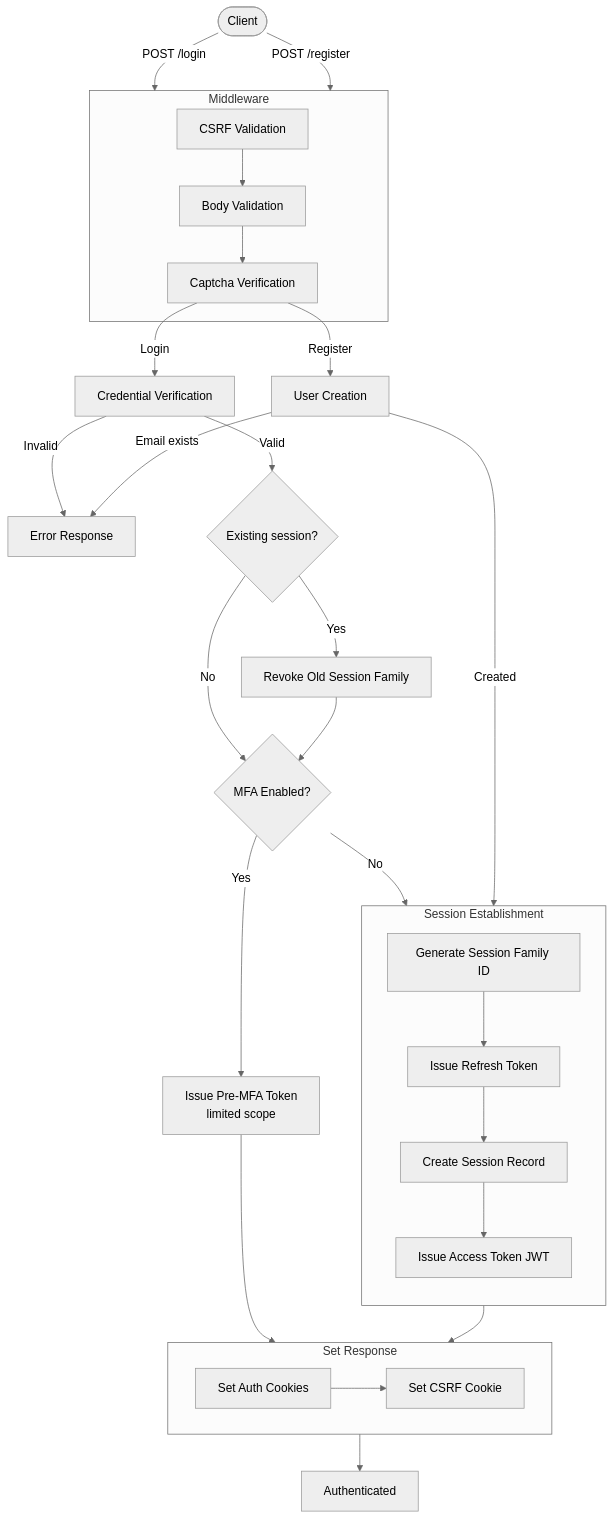
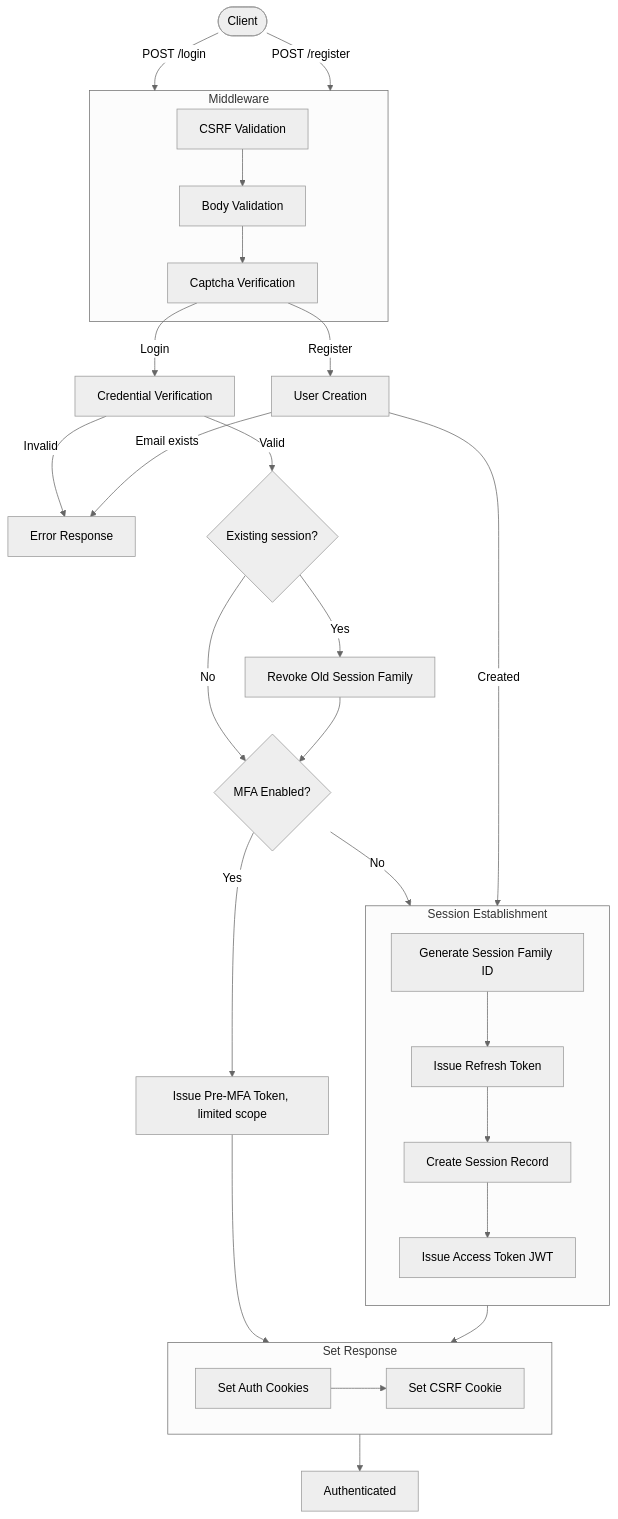
One commit to Rukas90/ReactAuthApp changed the first of 3 diagrams in README.md. Above: the diagram before and after it, drawn with Mermaid (neutral theme). The commit also changed other lines of this file, not shown here.

````diff
--- a/README.md
+++ b/README.md
@@ -45,44 +45,44 @@
 ```mermaid
 flowchart TD
     Client(["Client"])
 
     Client -->|"POST /login"| MW
     Client -->|"POST /register"| MW
 
     subgraph MW["Middleware"]
         CSRF["CSRF Validation"] --> Body["Body Validation"] --> Captcha["Captcha Verification"]
     end
 
     Captcha -->|Login| Login["Credential Verification"]
     Captcha -->|Register| Register["User Creation"]
 
     Login -->|"Invalid"| Err["Error Response"]
     Register -->|"Email exists"| Err
 
     Login -->|"Valid"| RevCheck{"Existing session?"}
     RevCheck -->|Yes| Revoke["Revoke Old Session Family"]
     RevCheck -->|No| MFA
     Revoke --> MFA
 
     MFA{"MFA Enabled?"}
-    MFA -->|Yes| Pre2FA["Issue Pre-MFA Token\nlimited scope"]
+    MFA -->|Yes| Pre2FA["Issue Pre-MFA Token, limited scope"]
     MFA -->|No| Session
 
     Register -->|"Created"| Session
 
     subgraph Session["Session Establishment"]
         direction TB
         Family["Generate Session Family ID"] --> RT["Issue Refresh Token"]
         RT --> Sess["Create Session Record"]
         Sess --> AT["Issue Access Token JWT"]
     end
 
     Pre2FA --> Cookies
     Session --> Cookies
 
     subgraph Cookies["Set Response"]
         SC["Set Auth Cookies"] --> CSRF2["Set CSRF Cookie"]
     end
 
     Cookies --> Success["Authenticated"]
 ```
````
